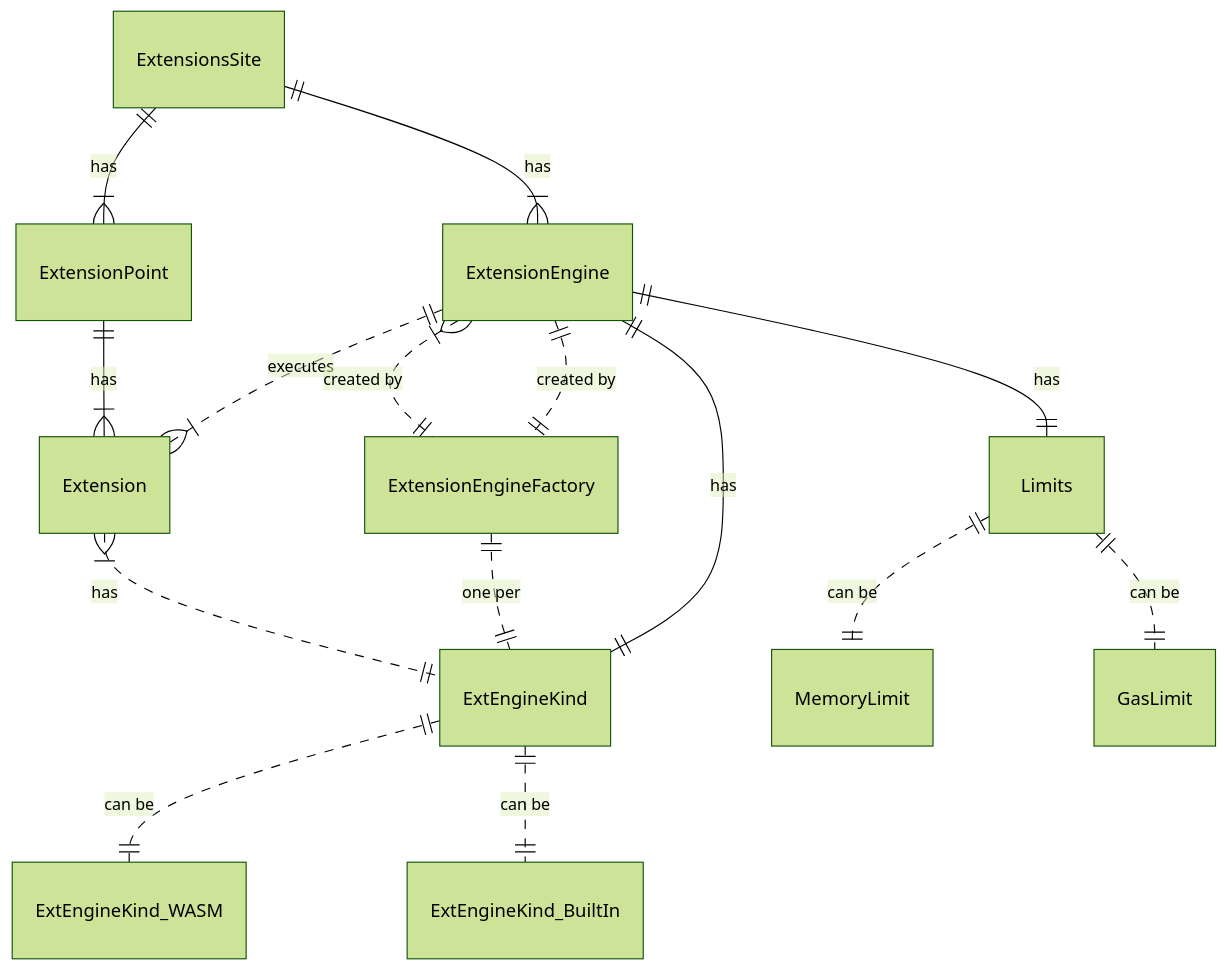
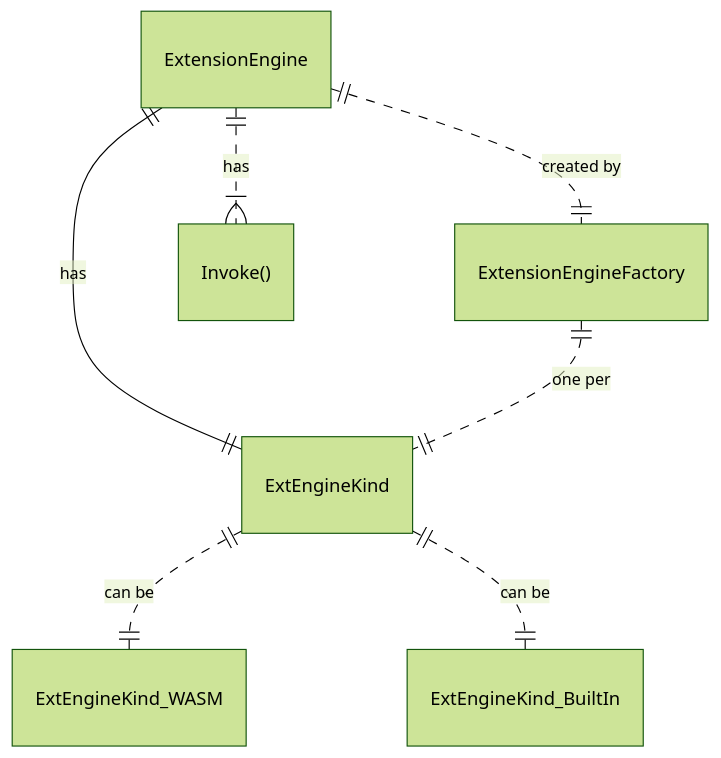
One commit to voedger/voedger changed the tenth of 15 diagrams in design/README.md. Above: the diagram before and after it, drawn with Mermaid (forest theme). The commit also changed other lines of this file, not shown here.

Commit message:
Extensions

````diff
--- a/design/README.md
+++ b/design/README.md
@@ -315,22 +294,9 @@
 ```mermaid
     erDiagram
-    ExtensionsSite ||--|{ ExtensionPoint : "has"
-    ExtensionsSite ||--|{ ExtensionEngine : "has"
-
-    ExtensionEngine ||--|| Limits : "has"
     ExtensionEngine ||..|| ExtensionEngineFactory : "created by"
-    ExtensionEngine ||..|{ Extension: "executes"
-    ExtensionEngine |{..|| ExtensionEngineFactory: "created by"
+    ExtensionEngine ||..|{ "Invoke()": "has"
     ExtensionEngine ||--|| ExtEngineKind: has
-
-    Limits ||..|| MemoryLimit: "can be"
-    Limits ||..|| GasLimit: "can be"
-
     ExtensionEngineFactory ||..|| ExtEngineKind : "one per"
-    ExtensionPoint ||--|{ Extension : "has"
-
-    Extension |{..|| ExtEngineKind: has
-
     ExtEngineKind ||..|| ExtEngineKind_WASM: "can be"
     ExtEngineKind ||..|| ExtEngineKind_BuiltIn: "can be"
 ```
````
